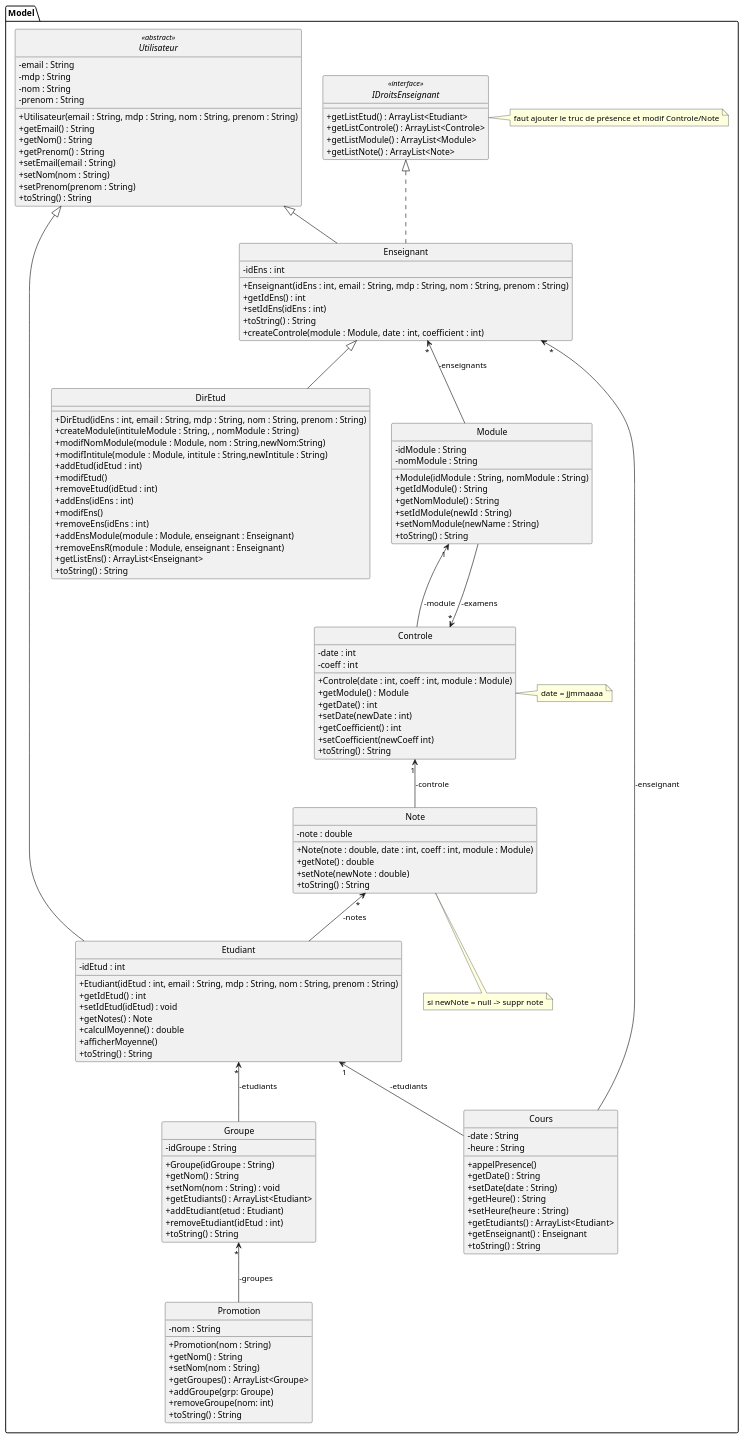
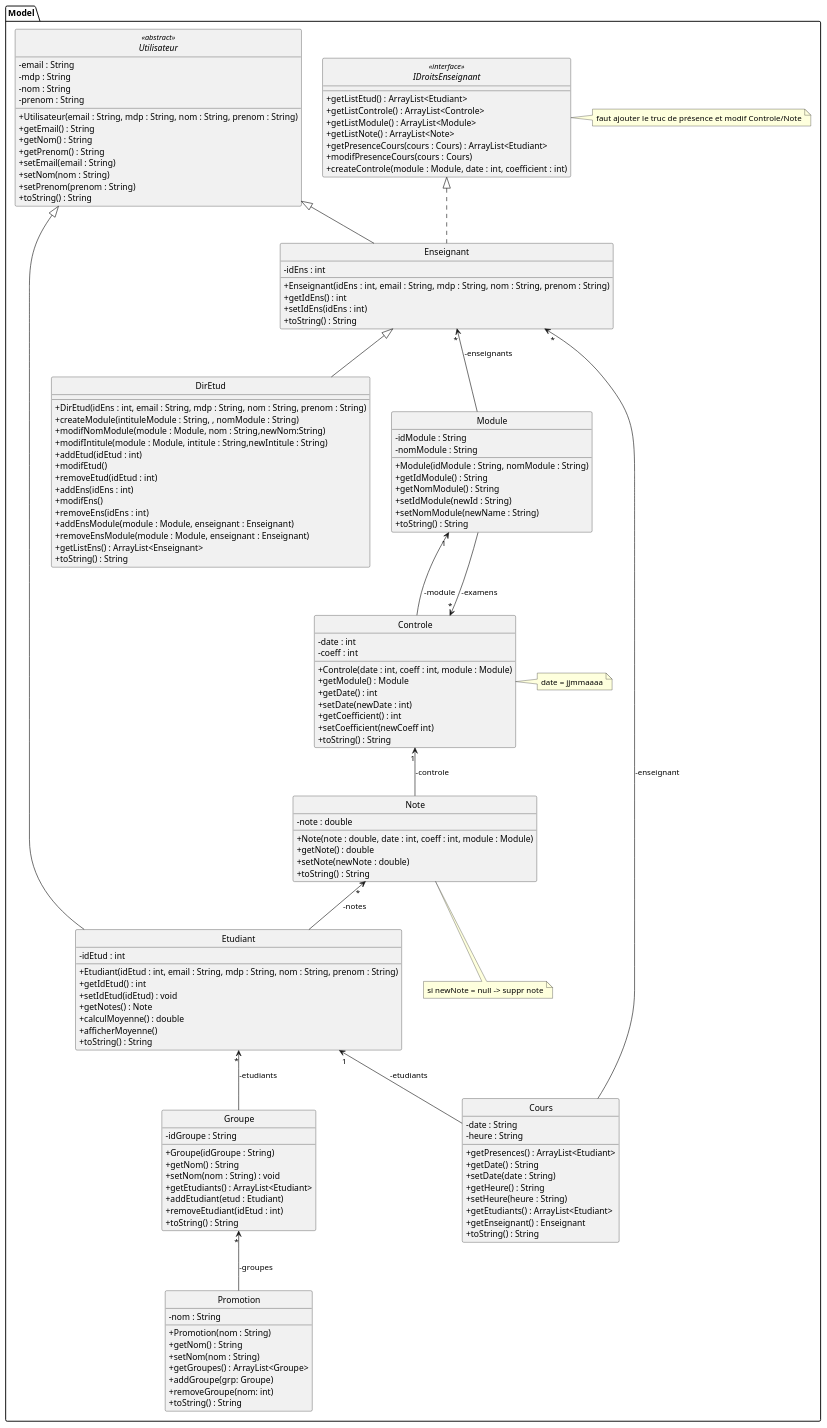
One commit to Lohasta/Kallax changed the diagram in s201_UML.md. Above: the diagram before and after it, drawn with PlantUML.

Commit message:
added fucntions to IDroitsEnseignant (bombardilo)

```diff
--- a/s201_UML.md
+++ b/s201_UML.md
@@ -25,6 +25,11 @@
 +getListControle() : ArrayList<Controle>
 +getListModule() : ArrayList<Module>
 +getListNote() : ArrayList<Note>
++getPresenceCours(cours : Cours) : ArrayList<Etudiant>
++modifPresenceCours(cours : Cours)
++createControle(module : Module, date : int, coefficient : int)
+
+ 
 }
 note right of IDroitsEnseignant{
 faut ajouter le truc de présence et modif Controle/Note
@@ -47,7 +52,6 @@
 +getIdEns() : int
 +setIdEns(idEns : int)
 +toString() : String
-+createControle(module : Module, date : int, coefficient : int)
 }
 
 class DirEtud{
@@ -62,7 +66,7 @@
 +modifEns()
 +removeEns(idEns : int)
 +addEnsModule(module : Module, enseignant : Enseignant)
-+removeEnsR(module : Module, enseignant : Enseignant)
++removeEnsModule(module : Module, enseignant : Enseignant)
 +getListEns() : ArrayList<Enseignant>
 +toString() : String
 }
@@ -131,7 +135,7 @@
 -date : String
 -heure : String
 
-+appelPresence()
++getPresences() : ArrayList<Etudiant>
 +getDate() : String
 +setDate(date : String)
 +getHeure() : String
```
